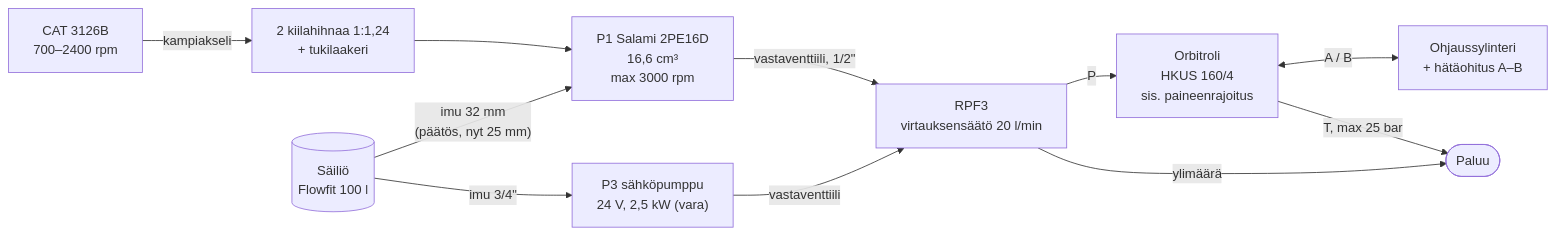
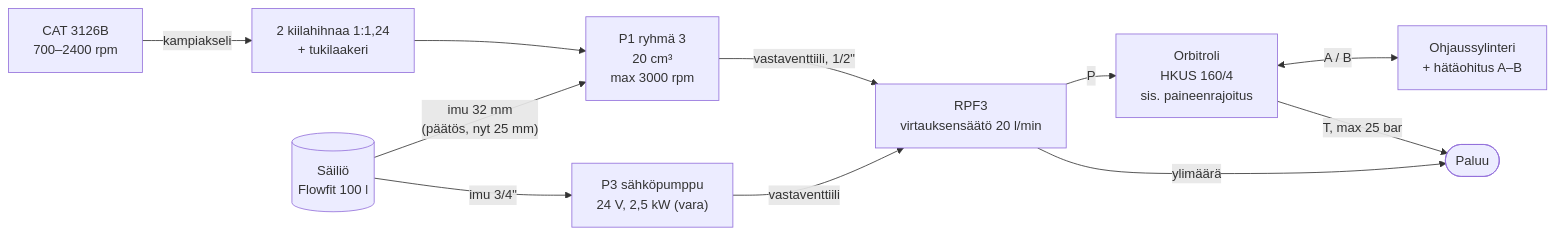
The first of 3 diagrams in hydraulics/schematic.md (plektra/vega-systems), drawn with Mermaid before and after one commit. The commit also changed other lines of this file and 7 other files, not shown here.

````diff
--- a/hydraulics/schematic.md
+++ b/hydraulics/schematic.md
@@ -107,22 +107,22 @@
 ```mermaid
 flowchart LR
   ENG["CAT 3126B<br/>700–2400 rpm"]
   BELT["2 kiilahihnaa 1:1,24<br/>+ tukilaakeri"]
   TANK[("Säiliö<br/>Flowfit 100 l")]
-  P1["P1 Salami 2PE16D<br/>16,6 cm³<br/>max 3000 rpm"]
+  P1["P1 ryhmä 3<br/>20 cm³<br/>max 3000 rpm"]
   RPF3["RPF3<br/>virtauksensäätö 20 l/min"]
   ORB["Orbitroli<br/>HKUS 160/4<br/>sis. paineenrajoitus"]
   CYL["Ohjaussylinteri<br/>+ hätäohitus A–B"]
   P3["P3 sähköpumppu<br/>24 V, 2,5 kW (vara)"]
   RET(["Paluu"])
 
   ENG -->|kampiakseli| BELT --> P1
   TANK -->|"imu 32 mm<br/>(päätös, nyt 25 mm)"| P1
   P1 -->|"vastaventtiili, 1/2#quot;"| RPF3 -->|P| ORB
   ORB <-->|A / B| CYL
   TANK -->|"imu 3/4#quot;"| P3
   P3 -->|vastaventtiili| RPF3
   RPF3 -->|ylimäärä| RET
   ORB -->|"T, max 25 bar"| RET
 
 ```
````
